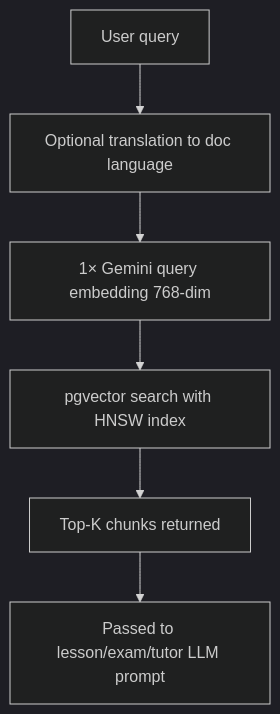
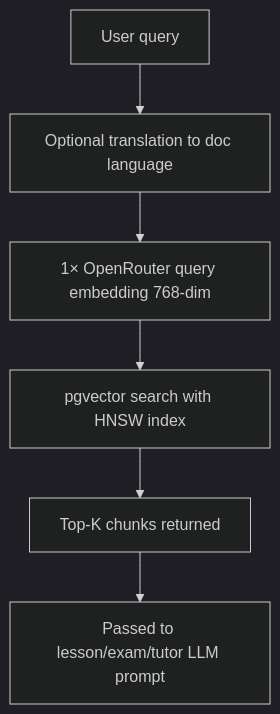
One commit to EmilUnP/AI_Workspace changed the fourth of 4 diagrams in docs/RAG_AND_VECTOR_SEARCH.md. Above: the diagram before and after it, drawn with Mermaid (dark theme). The commit also changed other lines of this file and 16 other files, not shown here.

First line of the commit message:
Refactor AI integration and update documentation for OpenRouter migration

````diff
--- a/docs/RAG_AND_VECTOR_SEARCH.md
+++ b/docs/RAG_AND_VECTOR_SEARCH.md
@@ -230,8 +230,8 @@
 ```mermaid
 flowchart TD
   Q[User query] --> T[Optional translation to doc language]
-  T --> E[1× Gemini query embedding 768-dim]
+  T --> E[1× OpenRouter query embedding 768-dim]
   E --> SQL[pgvector search with HNSW index]
   SQL --> K[Top-K chunks returned]
   K --> LLM[Passed to lesson/exam/tutor LLM prompt]
 ```
````
